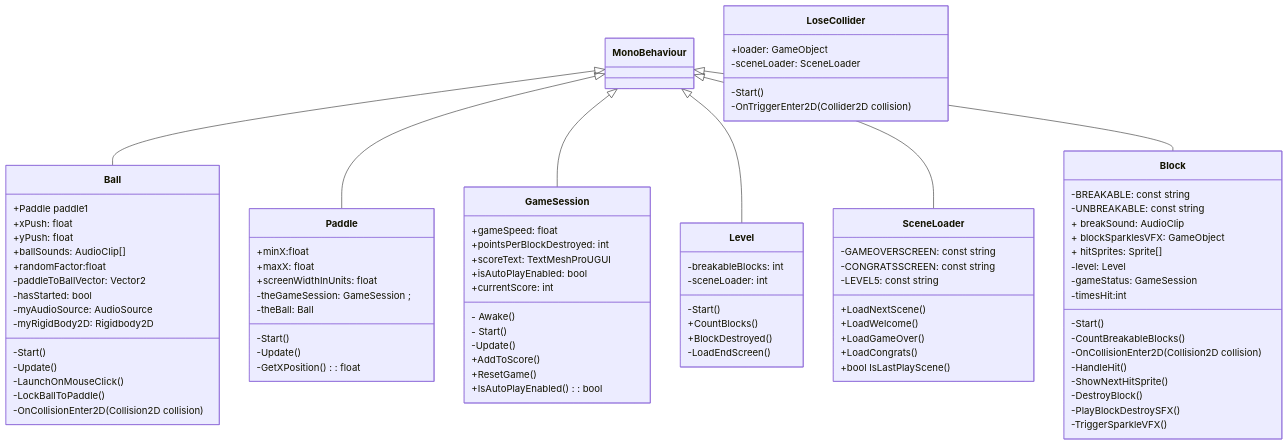
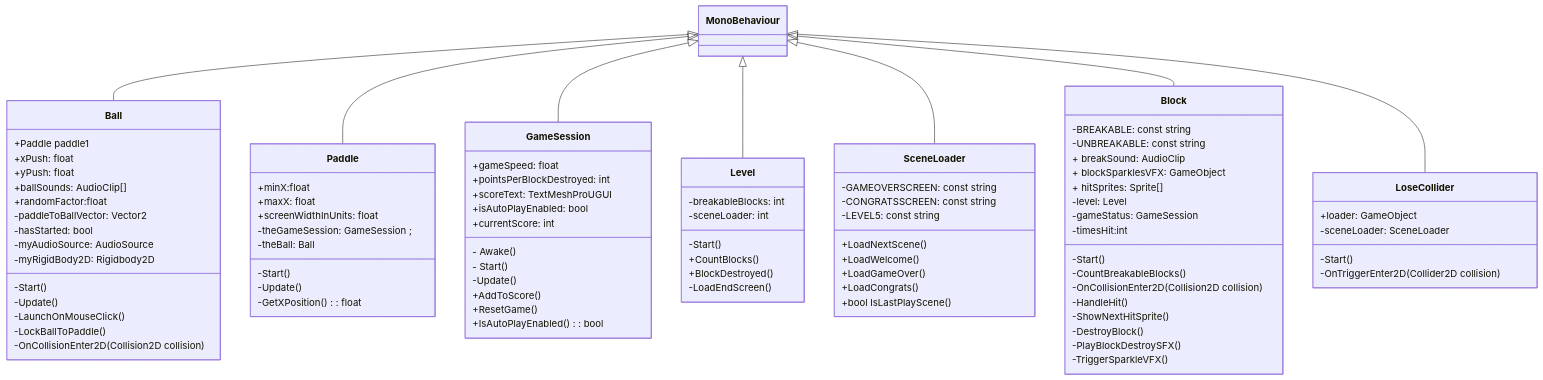
Before and after one commit to 4ahmns-sosem-2324/07-DebugBlockbreaker-dhagenauer: the diagram in README.md, drawn with Mermaid.

```diff
--- a/README.md
+++ b/README.md
@@ -7,6 +7,7 @@
     MonoBehaviour <|-- Level
     MonoBehaviour <|-- SceneLoader
     MonoBehaviour <|-- Block
+ MonoBehaviour <|-- LoseCollider
 
   
 
```
